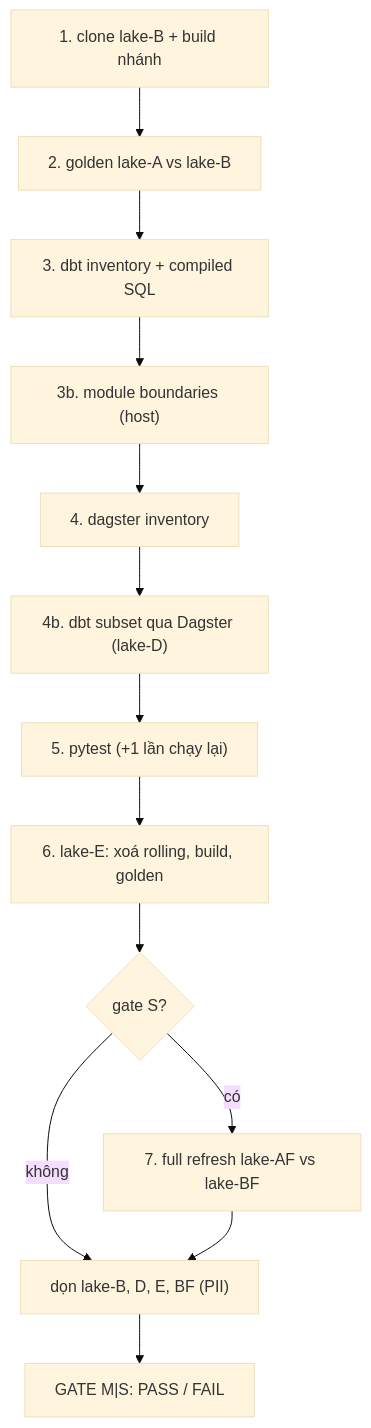
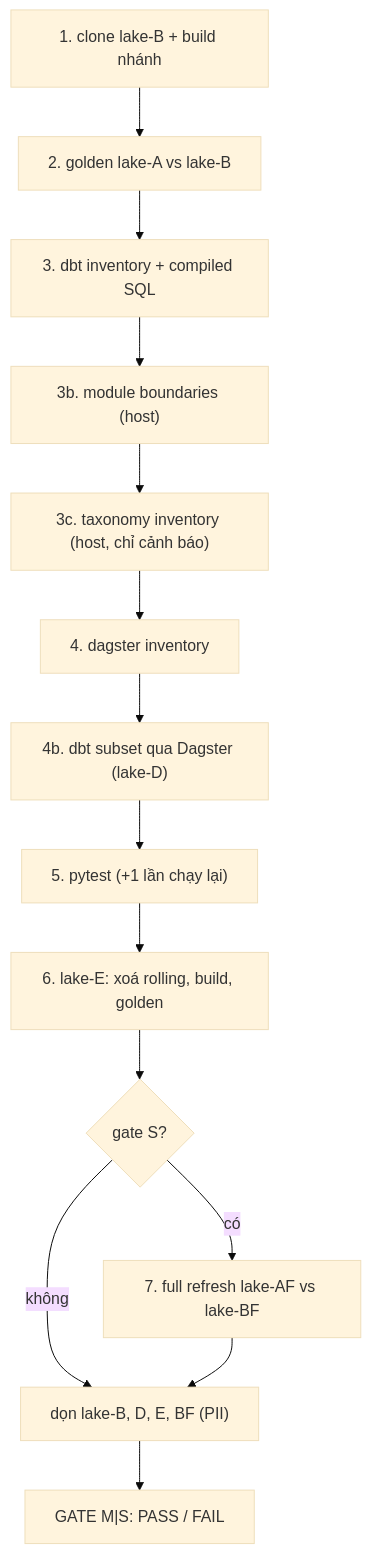
The fourth of 4 diagrams in docs/operations/refactor-safety-harness.md (vantt/data-integration), drawn with Mermaid (base theme) before and after one commit. The commit also changed other lines of this file and 43 other files, not shown here.

First line of the commit message:
refactor(taxonomy): inventory classification rules and gather their seeds

````diff
--- a/docs/operations/refactor-safety-harness.md
+++ b/docs/operations/refactor-safety-harness.md
@@ -276,15 +281,16 @@
 ```mermaid
 flowchart TB
     S1["1. clone lake-B + build nhánh"] --> S2["2. golden lake-A vs lake-B"]
     S2 --> S3["3. dbt inventory + compiled SQL"]
     S3 --> S3b["3b. module boundaries (host)"]
-    S3b --> S4["4. dagster inventory"]
+    S3b --> S3c["3c. taxonomy inventory (host, chỉ cảnh báo)"]
+    S3c --> S4["4. dagster inventory"]
     S4 --> S4b["4b. dbt subset qua Dagster (lake-D)"]
     S4b --> S5["5. pytest (+1 lần chạy lại)"]
     S5 --> S6["6. lake-E: xoá rolling, build, golden"]
     S6 --> Q{"gate S?"}
     Q -- có --> S7["7. full refresh lake-AF vs lake-BF"]
     Q -- không --> CL
     S7 --> CL["dọn lake-B, D, E, BF (PII)"]
     CL --> R["GATE M|S: PASS / FAIL"]
 ```
````
